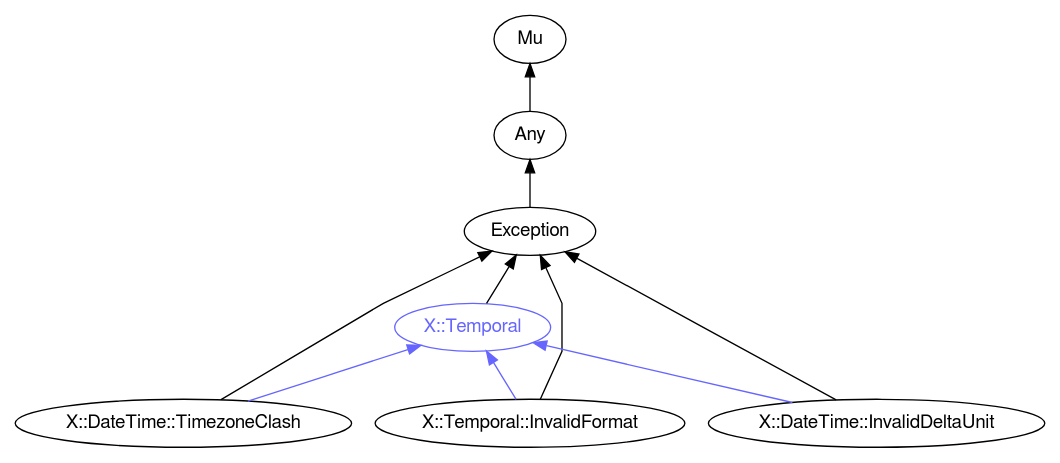
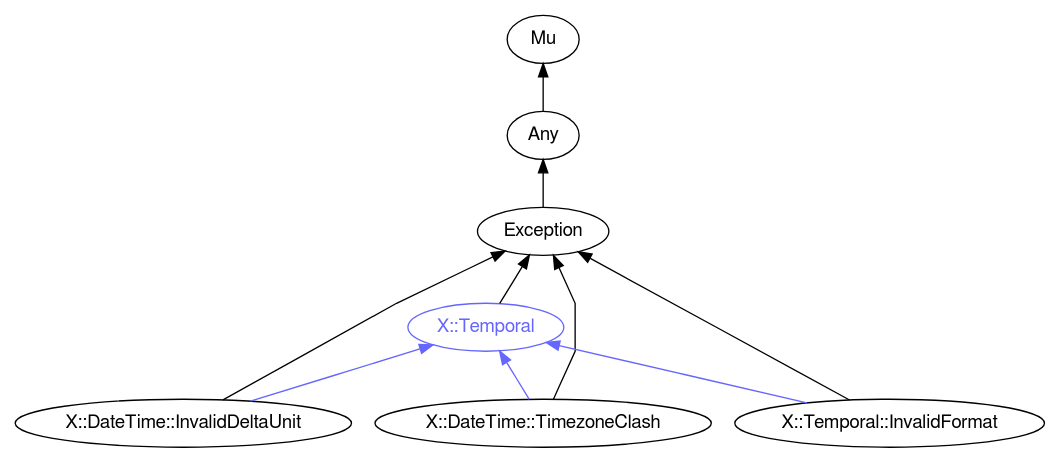
Before and after one commit to perl6docs/perl6docs.github.io: the diagram in images/type-graph-X::Temporal.svg.dot, drawn with Graphviz. The commit also changed other lines of this file and 4420 other files, not shown here.

```diff
--- a/images/type-graph-X::Temporal.svg.dot
+++ b/images/type-graph-X::Temporal.svg.dot
@@ -1,26 +1,26 @@
 digraph "perl6-type-graph" {
     rankdir=BT;
     splines=polyline;
     overlap=false; 
     // Types
     "X::Temporal" [color="#6666FF", fontcolor="#6666FF", href="/type/X::Temporal", fontname="FreeSans"];
     "Mu" [color="#000000", fontcolor="#000000", href="/type/Mu", fontname="FreeSans"];
     "Any" [color="#000000", fontcolor="#000000", href="/type/Any", fontname="FreeSans"];
     "Exception" [color="#000000", fontcolor="#000000", href="/type/Exception", fontname="FreeSans"];
+    "X::DateTime::InvalidDeltaUnit" [color="#000000", fontcolor="#000000", href="/type/X::DateTime::InvalidDeltaUnit", fontname="FreeSans"];
     "X::DateTime::TimezoneClash" [color="#000000", fontcolor="#000000", href="/type/X::DateTime::TimezoneClash", fontname="FreeSans"];
     "X::Temporal::InvalidFormat" [color="#000000", fontcolor="#000000", href="/type/X::Temporal::InvalidFormat", fontname="FreeSans"];
-    "X::DateTime::InvalidDeltaUnit" [color="#000000", fontcolor="#000000", href="/type/X::DateTime::InvalidDeltaUnit", fontname="FreeSans"];
 
     // Superclasses
     "X::Temporal" -> "Exception" [color="#000000"];
     "Any" -> "Mu" [color="#000000"];
     "Exception" -> "Any" [color="#000000"];
+    "X::DateTime::InvalidDeltaUnit" -> "Exception" [color="#000000"];
     "X::DateTime::TimezoneClash" -> "Exception" [color="#000000"];
     "X::Temporal::InvalidFormat" -> "Exception" [color="#000000"];
-    "X::DateTime::InvalidDeltaUnit" -> "Exception" [color="#000000"];
 
     // Roles
+    "X::DateTime::InvalidDeltaUnit" -> "X::Temporal" [color="#6666FF"];
     "X::DateTime::TimezoneClash" -> "X::Temporal" [color="#6666FF"];
     "X::Temporal::InvalidFormat" -> "X::Temporal" [color="#6666FF"];
-    "X::DateTime::InvalidDeltaUnit" -> "X::Temporal" [color="#6666FF"];
 }
```
